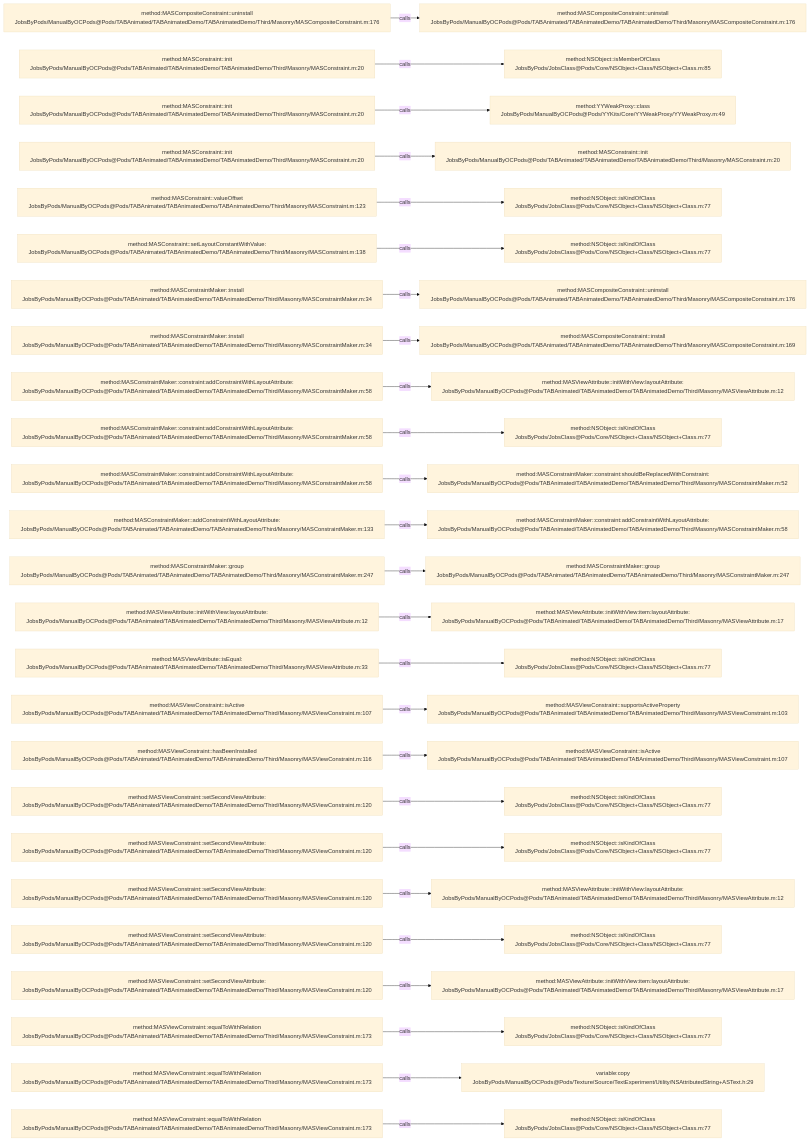
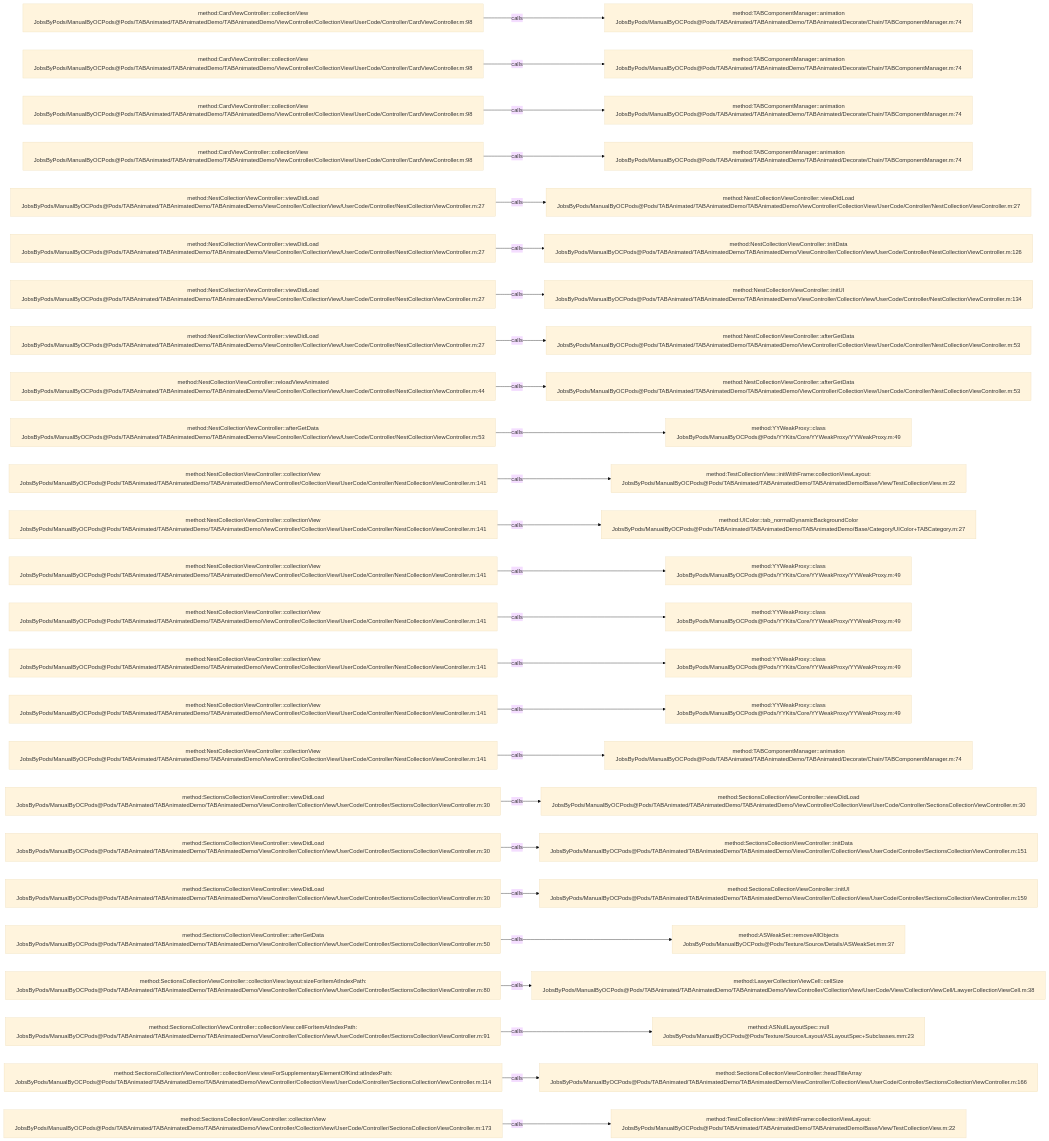
Before and after one commit to JobsKits/JobsOCBaseConfigDemo: the diagram in .codegraph/codegraph.md/graphs/calls-052.md, drawn with Mermaid (base theme). The commit also changed 1223 other files, not shown here.

````diff
--- a/.codegraph/codegraph.md/graphs/calls-052.md
+++ b/.codegraph/codegraph.md/graphs/calls-052.md
@@ -13,78 +13,78 @@
 ```mermaid
 flowchart LR
-  S1["method:MASCompositeConstraint::uninstall<br/>JobsByPods/ManualByOCPods@Pods/TABAnimated/TABAnimatedDemo/TABAnimatedDemo/Third/Masonry/MASCompositeConstraint.m:176"]
-  T1["method:MASCompositeConstraint::uninstall<br/>JobsByPods/ManualByOCPods@Pods/TABAnimated/TABAnimatedDemo/TABAnimatedDemo/Third/Masonry/MASCompositeConstraint.m:176"]
+  S1["method:CardViewController::collectionView<br/>JobsByPods/ManualByOCPods@Pods/TABAnimated/TABAnimatedDemo/TABAnimatedDemo/ViewController/CollectionView/UserCode/Controller/CardViewController.m:98"]
+  T1["method:TABComponentManager::animation<br/>JobsByPods/ManualByOCPods@Pods/TABAnimated/TABAnimatedDemo/TABAnimated/Decorate/Chain/TABComponentManager.m:74"]
   S1 -->|calls| T1
-  S2["method:MASConstraint::init<br/>JobsByPods/ManualByOCPods@Pods/TABAnimated/TABAnimatedDemo/TABAnimatedDemo/Third/Masonry/MASConstraint.m:20"]
-  T2["method:NSObject::isMemberOfClass<br/>JobsByPods/JobsClass@Pods/Core/NSObject+Class/NSObject+Class.m:85"]
+  S2["method:CardViewController::collectionView<br/>JobsByPods/ManualByOCPods@Pods/TABAnimated/TABAnimatedDemo/TABAnimatedDemo/ViewController/CollectionView/UserCode/Controller/CardViewController.m:98"]
+  T2["method:TABComponentManager::animation<br/>JobsByPods/ManualByOCPods@Pods/TABAnimated/TABAnimatedDemo/TABAnimated/Decorate/Chain/TABComponentManager.m:74"]
   S2 -->|calls| T2
-  S3["method:MASConstraint::init<br/>JobsByPods/ManualByOCPods@Pods/TABAnimated/TABAnimatedDemo/TABAnimatedDemo/Third/Masonry/MASConstraint.m:20"]
-  T3["method:YYWeakProxy::class<br/>JobsByPods/ManualByOCPods@Pods/YYKits/Core/YYWeakProxy/YYWeakProxy.m:49"]
+  S3["method:CardViewController::collectionView<br/>JobsByPods/ManualByOCPods@Pods/TABAnimated/TABAnimatedDemo/TABAnimatedDemo/ViewController/CollectionView/UserCode/Controller/CardViewController.m:98"]
+  T3["method:TABComponentManager::animation<br/>JobsByPods/ManualByOCPods@Pods/TABAnimated/TABAnimatedDemo/TABAnimated/Decorate/Chain/TABComponentManager.m:74"]
   S3 -->|calls| T3
-  S4["method:MASConstraint::init<br/>JobsByPods/ManualByOCPods@Pods/TABAnimated/TABAnimatedDemo/TABAnimatedDemo/Third/Masonry/MASConstraint.m:20"]
-  T4["method:MASConstraint::init<br/>JobsByPods/ManualByOCPods@Pods/TABAnimated/TABAnimatedDemo/TABAnimatedDemo/Third/Masonry/MASConstraint.m:20"]
+  S4["method:CardViewController::collectionView<br/>JobsByPods/ManualByOCPods@Pods/TABAnimated/TABAnimatedDemo/TABAnimatedDemo/ViewController/CollectionView/UserCode/Controller/CardViewController.m:98"]
+  T4["method:TABComponentManager::animation<br/>JobsByPods/ManualByOCPods@Pods/TABAnimated/TABAnimatedDemo/TABAnimated/Decorate/Chain/TABComponentManager.m:74"]
   S4 -->|calls| T4
-  S5["method:MASConstraint::valueOffset<br/>JobsByPods/ManualByOCPods@Pods/TABAnimated/TABAnimatedDemo/TABAnimatedDemo/Third/Masonry/MASConstraint.m:123"]
-  T5["method:NSObject::isKindOfClass<br/>JobsByPods/JobsClass@Pods/Core/NSObject+Class/NSObject+Class.m:77"]
+  S5["method:NestCollectionViewController::viewDidLoad<br/>JobsByPods/ManualByOCPods@Pods/TABAnimated/TABAnimatedDemo/TABAnimatedDemo/ViewController/CollectionView/UserCode/Controller/NestCollectionViewController.m:27"]
+  T5["method:NestCollectionViewController::viewDidLoad<br/>JobsByPods/ManualByOCPods@Pods/TABAnimated/TABAnimatedDemo/TABAnimatedDemo/ViewController/CollectionView/UserCode/Controller/NestCollectionViewController.m:27"]
   S5 -->|calls| T5
-  S6["method:MASConstraint::setLayoutConstantWithValue:<br/>JobsByPods/ManualByOCPods@Pods/TABAnimated/TABAnimatedDemo/TABAnimatedDemo/Third/Masonry/MASConstraint.m:138"]
-  T6["method:NSObject::isKindOfClass<br/>JobsByPods/JobsClass@Pods/Core/NSObject+Class/NSObject+Class.m:77"]
+  S6["method:NestCollectionViewController::viewDidLoad<br/>JobsByPods/ManualByOCPods@Pods/TABAnimated/TABAnimatedDemo/TABAnimatedDemo/ViewController/CollectionView/UserCode/Controller/NestCollectionViewController.m:27"]
+  T6["method:NestCollectionViewController::initData<br/>JobsByPods/ManualByOCPods@Pods/TABAnimated/TABAnimatedDemo/TABAnimatedDemo/ViewController/CollectionView/UserCode/Controller/NestCollectionViewController.m:126"]
   S6 -->|calls| T6
-  S7["method:MASConstraintMaker::install<br/>JobsByPods/ManualByOCPods@Pods/TABAnimated/TABAnimatedDemo/TABAnimatedDemo/Third/Masonry/MASConstraintMaker.m:34"]
-  T7["method:MASCompositeConstraint::uninstall<br/>JobsByPods/ManualByOCPods@Pods/TABAnimated/TABAnimatedDemo/TABAnimatedDemo/Third/Masonry/MASCompositeConstraint.m:176"]
+  S7["method:NestCollectionViewController::viewDidLoad<br/>JobsByPods/ManualByOCPods@Pods/TABAnimated/TABAnimatedDemo/TABAnimatedDemo/ViewController/CollectionView/UserCode/Controller/NestCollectionViewController.m:27"]
+  T7["method:NestCollectionViewController::initUI<br/>JobsByPods/ManualByOCPods@Pods/TABAnimated/TABAnimatedDemo/TABAnimatedDemo/ViewController/CollectionView/UserCode/Controller/NestCollectionViewController.m:134"]
   S7 -->|calls| T7
-  S8["method:MASConstraintMaker::install<br/>JobsByPods/ManualByOCPods@Pods/TABAnimated/TABAnimatedDemo/TABAnimatedDemo/Third/Masonry/MASConstraintMaker.m:34"]
-  T8["method:MASCompositeConstraint::install<br/>JobsByPods/ManualByOCPods@Pods/TABAnimated/TABAnimatedDemo/TABAnimatedDemo/Third/Masonry/MASCompositeConstraint.m:169"]
+  S8["method:NestCollectionViewController::viewDidLoad<br/>JobsByPods/ManualByOCPods@Pods/TABAnimated/TABAnimatedDemo/TABAnimatedDemo/ViewController/CollectionView/UserCode/Controller/NestCollectionViewController.m:27"]
+  T8["method:NestCollectionViewController::afterGetData<br/>JobsByPods/ManualByOCPods@Pods/TABAnimated/TABAnimatedDemo/TABAnimatedDemo/ViewController/CollectionView/UserCode/Controller/NestCollectionViewController.m:53"]
   S8 -->|calls| T8
-  S9["method:MASConstraintMaker::constraint:addConstraintWithLayoutAttribute:<br/>JobsByPods/ManualByOCPods@Pods/TABAnimated/TABAnimatedDemo/TABAnimatedDemo/Third/Masonry/MASConstraintMaker.m:58"]
-  T9["method:MASViewAttribute::initWithView:layoutAttribute:<br/>JobsByPods/ManualByOCPods@Pods/TABAnimated/TABAnimatedDemo/TABAnimatedDemo/Third/Masonry/MASViewAttribute.m:12"]
+  S9["method:NestCollectionViewController::reloadViewAnimated<br/>JobsByPods/ManualByOCPods@Pods/TABAnimated/TABAnimatedDemo/TABAnimatedDemo/ViewController/CollectionView/UserCode/Controller/NestCollectionViewController.m:44"]
+  T9["method:NestCollectionViewController::afterGetData<br/>JobsByPods/ManualByOCPods@Pods/TABAnimated/TABAnimatedDemo/TABAnimatedDemo/ViewController/CollectionView/UserCode/Controller/NestCollectionViewController.m:53"]
   S9 -->|calls| T9
-  S10["method:MASConstraintMaker::constraint:addConstraintWithLayoutAttribute:<br/>JobsByPods/ManualByOCPods@Pods/TABAnimated/TABAnimatedDemo/TABAnimatedDemo/Third/Masonry/MASConstraintMaker.m:58"]
-  T10["method:NSObject::isKindOfClass<br/>JobsByPods/JobsClass@Pods/Core/NSObject+Class/NSObject+Class.m:77"]
+  S10["method:NestCollectionViewController::afterGetData<br/>JobsByPods/ManualByOCPods@Pods/TABAnimated/TABAnimatedDemo/TABAnimatedDemo/ViewController/CollectionView/UserCode/Controller/NestCollectionViewController.m:53"]
+  T10["method:YYWeakProxy::class<br/>JobsByPods/ManualByOCPods@Pods/YYKits/Core/YYWeakProxy/YYWeakProxy.m:49"]
   S10 -->|calls| T10
-  S11["method:MASConstraintMaker::constraint:addConstraintWithLayoutAttribute:<br/>JobsByPods/ManualByOCPods@Pods/TABAnimated/TABAnimatedDemo/TABAnimatedDemo/Third/Masonry/MASConstraintMaker.m:58"]
-  T11["method:MASConstraintMaker::constraint:shouldBeReplacedWithConstraint:<br/>JobsByPods/ManualByOCPods@Pods/TABAnimated/TABAnimatedDemo/TABAnimatedDemo/Third/Masonry/MASConstraintMaker.m:52"]
+  S11["method:NestCollectionViewController::collectionView<br/>JobsByPods/ManualByOCPods@Pods/TABAnimated/TABAnimatedDemo/TABAnimatedDemo/ViewController/CollectionView/UserCode/Controller/NestCollectionViewController.m:141"]
+  T11["method:TestCollectionView::initWithFrame:collectionViewLayout:<br/>JobsByPods/ManualByOCPods@Pods/TABAnimated/TABAnimatedDemo/TABAnimatedDemo/Base/View/TestCollectionView.m:22"]
   S11 -->|calls| T11
-  S12["method:MASConstraintMaker::addConstraintWithLayoutAttribute:<br/>JobsByPods/ManualByOCPods@Pods/TABAnimated/TABAnimatedDemo/TABAnimatedDemo/Third/Masonry/MASConstraintMaker.m:133"]
-  T12["method:MASConstraintMaker::constraint:addConstraintWithLayoutAttribute:<br/>JobsByPods/ManualByOCPods@Pods/TABAnimated/TABAnimatedDemo/TABAnimatedDemo/Third/Masonry/MASConstraintMaker.m:58"]
+  S12["method:NestCollectionViewController::collectionView<br/>JobsByPods/ManualByOCPods@Pods/TABAnimated/TABAnimatedDemo/TABAnimatedDemo/ViewController/CollectionView/UserCode/Controller/NestCollectionViewController.m:141"]
+  T12["method:UIColor::tab_normalDynamicBackgroundColor<br/>JobsByPods/ManualByOCPods@Pods/TABAnimated/TABAnimatedDemo/TABAnimatedDemo/Base/Category/UIColor+TABCategory.m:27"]
   S12 -->|calls| T12
-  S13["method:MASConstraintMaker::group<br/>JobsByPods/ManualByOCPods@Pods/TABAnimated/TABAnimatedDemo/TABAnimatedDemo/Third/Masonry/MASConstraintMaker.m:247"]
-  T13["method:MASConstraintMaker::group<br/>JobsByPods/ManualByOCPods@Pods/TABAnimated/TABAnimatedDemo/TABAnimatedDemo/Third/Masonry/MASConstraintMaker.m:247"]
+  S13["method:NestCollectionViewController::collectionView<br/>JobsByPods/ManualByOCPods@Pods/TABAnimated/TABAnimatedDemo/TABAnimatedDemo/ViewController/CollectionView/UserCode/Controller/NestCollectionViewController.m:141"]
+  T13["method:YYWeakProxy::class<br/>JobsByPods/ManualByOCPods@Pods/YYKits/Core/YYWeakProxy/YYWeakProxy.m:49"]
   S13 -->|calls| T13
-  S14["method:MASViewAttribute::initWithView:layoutAttribute:<br/>JobsByPods/ManualByOCPods@Pods/TABAnimated/TABAnimatedDemo/TABAnimatedDemo/Third/Masonry/MASViewAttribute.m:12"]
-  T14["method:MASViewAttribute::initWithView:item:layoutAttribute:<br/>JobsByPods/ManualByOCPods@Pods/TABAnimated/TABAnimatedDemo/TABAnimatedDemo/Third/Masonry/MASViewAttribute.m:17"]
+  S14["method:NestCollectionViewController::collectionView<br/>JobsByPods/ManualByOCPods@Pods/TABAnimated/TABAnimatedDemo/TABAnimatedDemo/ViewController/CollectionView/UserCode/Controller/NestCollectionViewController.m:141"]
+  T14["method:YYWeakProxy::class<br/>JobsByPods/ManualByOCPods@Pods/YYKits/Core/YYWeakProxy/YYWeakProxy.m:49"]
   S14 -->|calls| T14
-  S15["method:MASViewAttribute::isEqual:<br/>JobsByPods/ManualByOCPods@Pods/TABAnimated/TABAnimatedDemo/TABAnimatedDemo/Third/Masonry/MASViewAttribute.m:33"]
-  T15["method:NSObject::isKindOfClass<br/>JobsByPods/JobsClass@Pods/Core/NSObject+Class/NSObject+Class.m:77"]
+  S15["method:NestCollectionViewController::collectionView<br/>JobsByPods/ManualByOCPods@Pods/TABAnimated/TABAnimatedDemo/TABAnimatedDemo/ViewController/CollectionView/UserCode/Controller/NestCollectionViewController.m:141"]
+  T15["method:YYWeakProxy::class<br/>JobsByPods/ManualByOCPods@Pods/YYKits/Core/YYWeakProxy/YYWeakProxy.m:49"]
   S15 -->|calls| T15
-  S16["method:MASViewConstraint::isActive<br/>JobsByPods/ManualByOCPods@Pods/TABAnimated/TABAnimatedDemo/TABAnimatedDemo/Third/Masonry/MASViewConstraint.m:107"]
-  T16["method:MASViewConstraint::supportsActiveProperty<br/>JobsByPods/ManualByOCPods@Pods/TABAnimated/TABAnimatedDemo/TABAnimatedDemo/Third/Masonry/MASViewConstraint.m:103"]
+  S16["method:NestCollectionViewController::collectionView<br/>JobsByPods/ManualByOCPods@Pods/TABAnimated/TABAnimatedDemo/TABAnimatedDemo/ViewController/CollectionView/UserCode/Controller/NestCollectionViewController.m:141"]
+  T16["method:YYWeakProxy::class<br/>JobsByPods/ManualByOCPods@Pods/YYKits/Core/YYWeakProxy/YYWeakProxy.m:49"]
   S16 -->|calls| T16
-  S17["method:MASViewConstraint::hasBeenInstalled<br/>JobsByPods/ManualByOCPods@Pods/TABAnimated/TABAnimatedDemo/TABAnimatedDemo/Third/Masonry/MASViewConstraint.m:116"]
-  T17["method:MASViewConstraint::isActive<br/>JobsByPods/ManualByOCPods@Pods/TABAnimated/TABAnimatedDemo/TABAnimatedDemo/Third/Masonry/MASViewConstraint.m:107"]
+  S17["method:NestCollectionViewController::collectionView<br/>JobsByPods/ManualByOCPods@Pods/TABAnimated/TABAnimatedDemo/TABAnimatedDemo/ViewController/CollectionView/UserCode/Controller/NestCollectionViewController.m:141"]
+  T17["method:TABComponentManager::animation<br/>JobsByPods/ManualByOCPods@Pods/TABAnimated/TABAnimatedDemo/TABAnimated/Decorate/Chain/TABComponentManager.m:74"]
   S17 -->|calls| T17
-  S18["method:MASViewConstraint::setSecondViewAttribute:<br/>JobsByPods/ManualByOCPods@Pods/TABAnimated/TABAnimatedDemo/TABAnimatedDemo/Third/Masonry/MASViewConstraint.m:120"]
-  T18["method:NSObject::isKindOfClass<br/>JobsByPods/JobsClass@Pods/Core/NSObject+Class/NSObject+Class.m:77"]
+  S18["method:SectionsCollectionViewController::viewDidLoad<br/>JobsByPods/ManualByOCPods@Pods/TABAnimated/TABAnimatedDemo/TABAnimatedDemo/ViewController/CollectionView/UserCode/Controller/SectionsCollectionViewController.m:30"]
+  T18["method:SectionsCollectionViewController::viewDidLoad<br/>JobsByPods/ManualByOCPods@Pods/TABAnimated/TABAnimatedDemo/TABAnimatedDemo/ViewController/CollectionView/UserCode/Controller/SectionsCollectionViewController.m:30"]
   S18 -->|calls| T18
-  S19["method:MASViewConstraint::setSecondViewAttribute:<br/>JobsByPods/ManualByOCPods@Pods/TABAnimated/TABAnimatedDemo/TABAnimatedDemo/Third/Masonry/MASViewConstraint.m:120"]
-  T19["method:NSObject::isKindOfClass<br/>JobsByPods/JobsClass@Pods/Core/NSObject+Class/NSObject+Class.m:77"]
+  S19["method:SectionsCollectionViewController::viewDidLoad<br/>JobsByPods/ManualByOCPods@Pods/TABAnimated/TABAnimatedDemo/TABAnimatedDemo/ViewController/CollectionView/UserCode/Controller/SectionsCollectionViewController.m:30"]
+  T19["method:SectionsCollectionViewController::initData<br/>JobsByPods/ManualByOCPods@Pods/TABAnimated/TABAnimatedDemo/TABAnimatedDemo/ViewController/CollectionView/UserCode/Controller/SectionsCollectionViewController.m:151"]
   S19 -->|calls| T19
-  S20["method:MASViewConstraint::setSecondViewAttribute:<br/>JobsByPods/ManualByOCPods@Pods/TABAnimated/TABAnimatedDemo/TABAnimatedDemo/Third/Masonry/MASViewConstraint.m:120"]
-  T20["method:MASViewAttribute::initWithView:layoutAttribute:<br/>JobsByPods/ManualByOCPods@Pods/TABAnimated/TABAnimatedDemo/TABAnimatedDemo/Third/Masonry/MASViewAttribute.m:12"]
+  S20["method:SectionsCollectionViewController::viewDidLoad<br/>JobsByPods/ManualByOCPods@Pods/TABAnimated/TABAnimatedDemo/TABAnimatedDemo/ViewController/CollectionView/UserCode/Controller/SectionsCollectionViewController.m:30"]
+  T20["method:SectionsCollectionViewController::initUI<br/>JobsByPods/ManualByOCPods@Pods/TABAnimated/TABAnimatedDemo/TABAnimatedDemo/ViewController/CollectionView/UserCode/Controller/SectionsCollectionViewController.m:159"]
   S20 -->|calls| T20
-  S21["method:MASViewConstraint::setSecondViewAttribute:<br/>JobsByPods/ManualByOCPods@Pods/TABAnimated/TABAnimatedDemo/TABAnimatedDemo/Third/Masonry/MASViewConstraint.m:120"]
-  T21["method:NSObject::isKindOfClass<br/>JobsByPods/JobsClass@Pods/Core/NSObject+Class/NSObject+Class.m:77"]
+  S21["method:SectionsCollectionViewController::afterGetData<br/>JobsByPods/ManualByOCPods@Pods/TABAnimated/TABAnimatedDemo/TABAnimatedDemo/ViewController/CollectionView/UserCode/Controller/SectionsCollectionViewController.m:50"]
+  T21["method:ASWeakSet::removeAllObjects<br/>JobsByPods/ManualByOCPods@Pods/Texture/Source/Details/ASWeakSet.mm:37"]
   S21 -->|calls| T21
-  S22["method:MASViewConstraint::setSecondViewAttribute:<br/>JobsByPods/ManualByOCPods@Pods/TABAnimated/TABAnimatedDemo/TABAnimatedDemo/Third/Masonry/MASViewConstraint.m:120"]
-  T22["method:MASViewAttribute::initWithView:item:layoutAttribute:<br/>JobsByPods/ManualByOCPods@Pods/TABAnimated/TABAnimatedDemo/TABAnimatedDemo/Third/Masonry/MASViewAttribute.m:17"]
+  S22["method:SectionsCollectionViewController::collectionView:layout:sizeForItemAtIndexPath:<br/>JobsByPods/ManualByOCPods@Pods/TABAnimated/TABAnimatedDemo/TABAnimatedDemo/ViewController/CollectionView/UserCode/Controller/SectionsCollectionViewController.m:80"]
+  T22["method:LawyerCollectionViewCell::cellSize<br/>JobsByPods/ManualByOCPods@Pods/TABAnimated/TABAnimatedDemo/TABAnimatedDemo/ViewController/CollectionView/UserCode/View/CollectionViewCell/LawyerCollectionViewCell.m:38"]
   S22 -->|calls| T22
-  S23["method:MASViewConstraint::equalToWithRelation<br/>JobsByPods/ManualByOCPods@Pods/TABAnimated/TABAnimatedDemo/TABAnimatedDemo/Third/Masonry/MASViewConstraint.m:173"]
-  T23["method:NSObject::isKindOfClass<br/>JobsByPods/JobsClass@Pods/Core/NSObject+Class/NSObject+Class.m:77"]
+  S23["method:SectionsCollectionViewController::collectionView:cellForItemAtIndexPath:<br/>JobsByPods/ManualByOCPods@Pods/TABAnimated/TABAnimatedDemo/TABAnimatedDemo/ViewController/CollectionView/UserCode/Controller/SectionsCollectionViewController.m:91"]
+  T23["method:ASNullLayoutSpec::null<br/>JobsByPods/ManualByOCPods@Pods/Texture/Source/Layout/ASLayoutSpec+Subclasses.mm:23"]
   S23 -->|calls| T23
-  S24["method:MASViewConstraint::equalToWithRelation<br/>JobsByPods/ManualByOCPods@Pods/TABAnimated/TABAnimatedDemo/TABAnimatedDemo/Third/Masonry/MASViewConstraint.m:173"]
-  T24["variable:copy<br/>JobsByPods/ManualByOCPods@Pods/Texture/Source/TextExperiment/Utility/NSAttributedString+ASText.h:29"]
+  S24["method:SectionsCollectionViewController::collectionView:viewForSupplementaryElementOfKind:atIndexPath:<br/>JobsByPods/ManualByOCPods@Pods/TABAnimated/TABAnimatedDemo/TABAnimatedDemo/ViewController/CollectionView/UserCode/Controller/SectionsCollectionViewController.m:114"]
+  T24["method:SectionsCollectionViewController::headTitleArray<br/>JobsByPods/ManualByOCPods@Pods/TABAnimated/TABAnimatedDemo/TABAnimatedDemo/ViewController/CollectionView/UserCode/Controller/SectionsCollectionViewController.m:166"]
   S24 -->|calls| T24
-  S25["method:MASViewConstraint::equalToWithRelation<br/>JobsByPods/ManualByOCPods@Pods/TABAnimated/TABAnimatedDemo/TABAnimatedDemo/Third/Masonry/MASViewConstraint.m:173"]
-  T25["method:NSObject::isKindOfClass<br/>JobsByPods/JobsClass@Pods/Core/NSObject+Class/NSObject+Class.m:77"]
+  S25["method:SectionsCollectionViewController::collectionView<br/>JobsByPods/ManualByOCPods@Pods/TABAnimated/TABAnimatedDemo/TABAnimatedDemo/ViewController/CollectionView/UserCode/Controller/SectionsCollectionViewController.m:173"]
+  T25["method:TestCollectionView::initWithFrame:collectionViewLayout:<br/>JobsByPods/ManualByOCPods@Pods/TABAnimated/TABAnimatedDemo/TABAnimatedDemo/Base/View/TestCollectionView.m:22"]
   S25 -->|calls| T25
 ```
````
